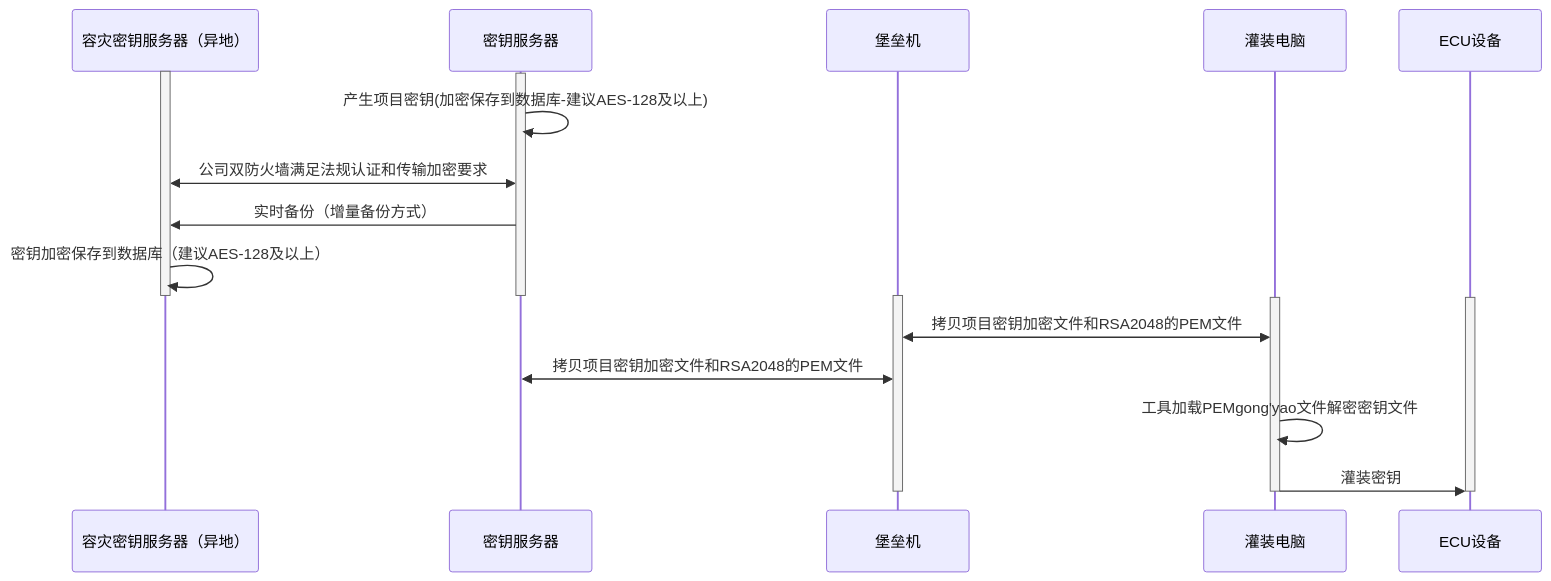
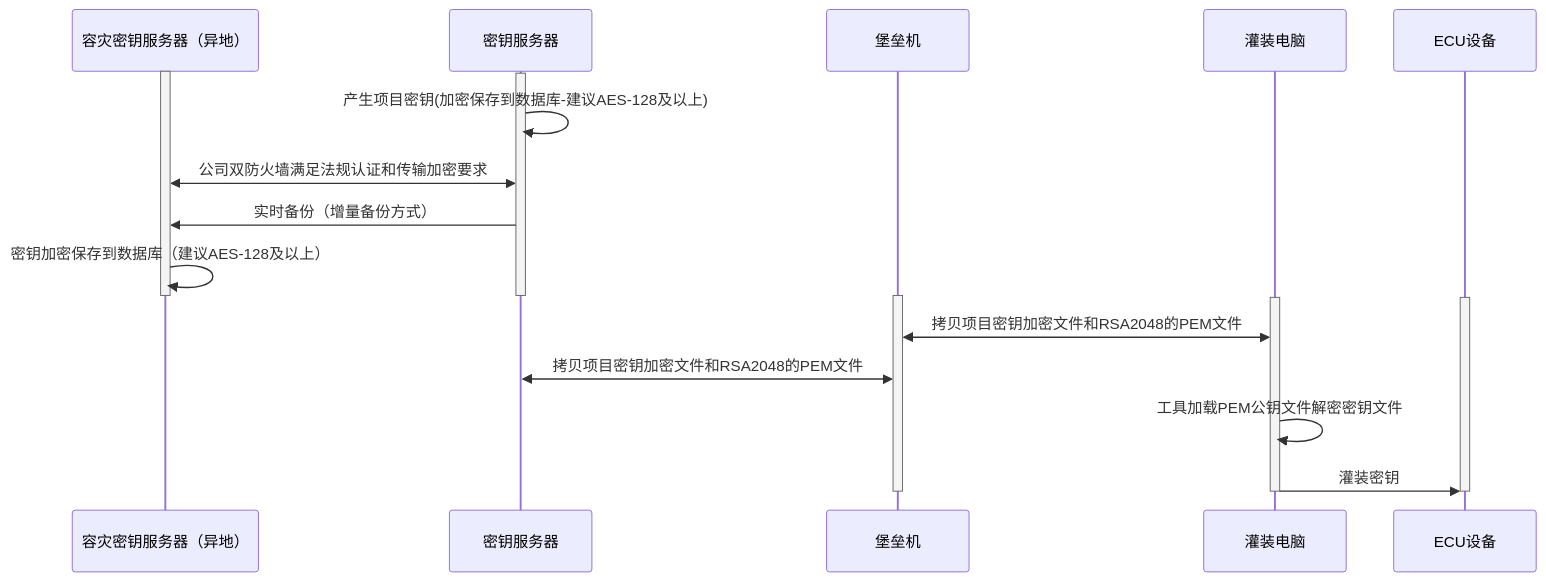
Before and after one commit to facebook-cloud/iodraw-files: the diagram in all/未命名-15.md, drawn with Mermaid.

Commit message:
2026-02-07 14:05:25 update

````diff
--- a/all/未命名-15.md
+++ b/all/未命名-15.md
@@ -1,30 +1,31 @@
 ```mermaid
 sequenceDiagram
     participant A as 容灾密钥服务器（异地）
     participant B as 密钥服务器
     participant C as 堡垒机
     participant D as 灌装电脑
     participant E as ECU设备
 
     activate A
     activate B
     B->>B: 产生项目密钥(加密保存到数据库-建议AES-128及以上)
     A<<->>B: 公司双防火墙满足法规认证和传输加密要求
     B->>A: 实时备份（增量备份方式）
     A->>A: 密钥加密保存到数据库（建议AES-128及以上）
+    
     deactivate B
     deactivate A
 
     activate C
     activate D
     activate E
 
     D<<->>C: 拷贝项目密钥加密文件和RSA2048的PEM文件
     C<<->>B: 拷贝项目密钥加密文件和RSA2048的PEM文件
-    D->>D:工具加载PEMgong'yao文件解密密钥文件
+    D->>D:工具加载PEM公钥文件解密密钥文件
     D->>E: 灌装密钥
     deactivate C
     deactivate D
     deactivate E
 
 ```
````
